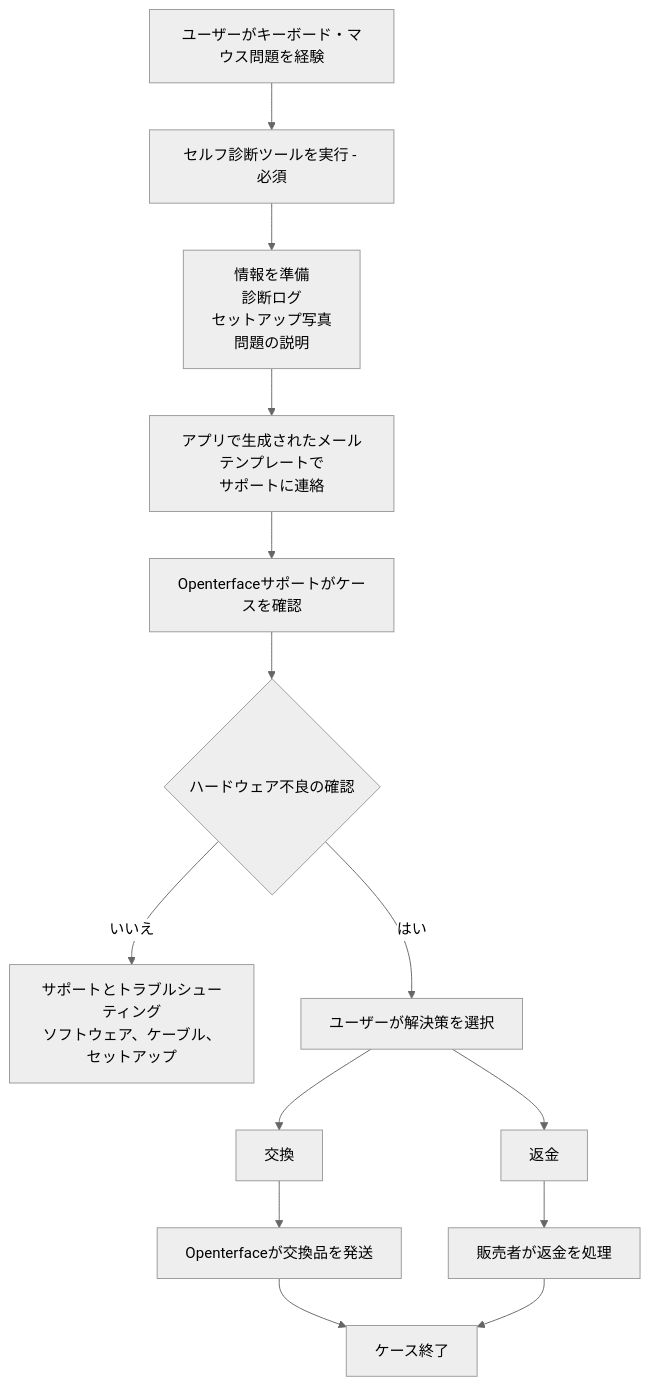
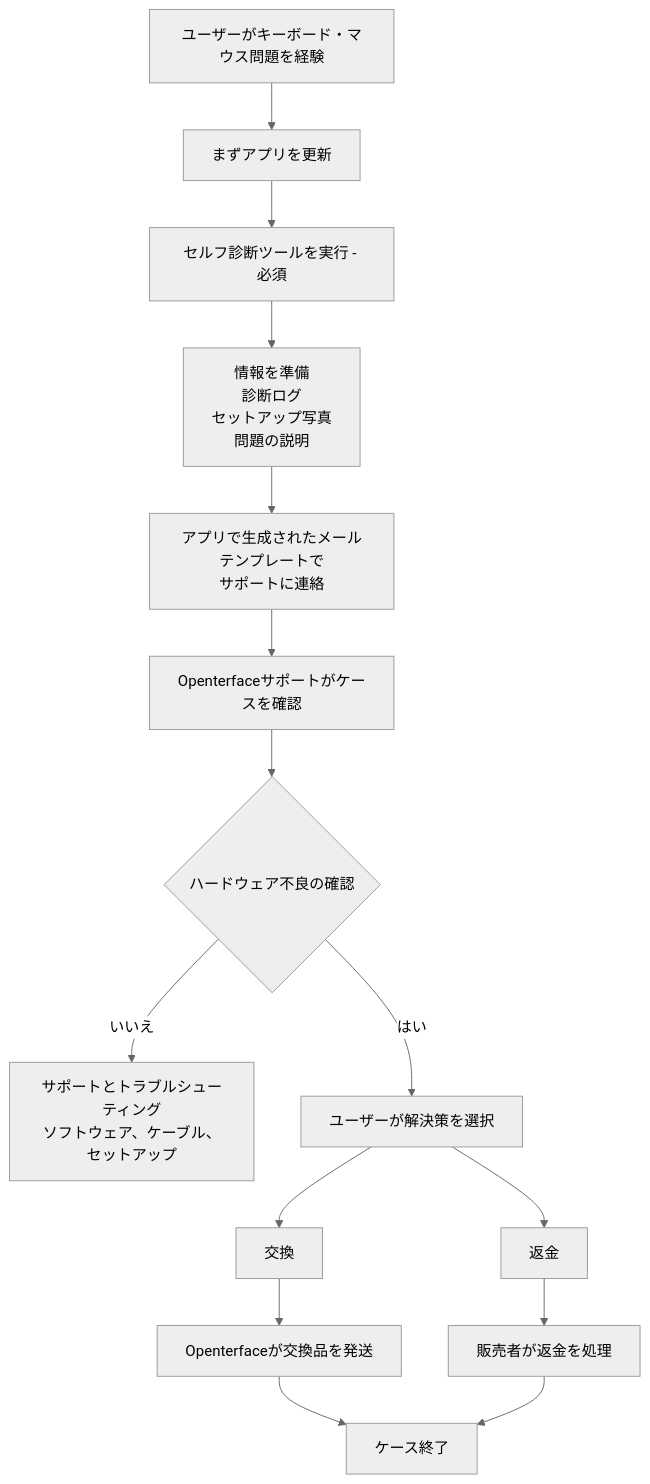
Before and after one commit to TechxArtisanStudio/Openterface: the diagram in docs/product/minikvm/support/mini-kvm-troubleshooting-and-support.ja.md, drawn with Mermaid (neutral theme). The commit also changed other lines of this file and 29 other files, not shown here.

````diff
--- a/docs/product/minikvm/support/mini-kvm-troubleshooting-and-support.ja.md
+++ b/docs/product/minikvm/support/mini-kvm-troubleshooting-and-support.ja.md
@@ -39,21 +39,22 @@
 ```mermaid
 flowchart TD
-    U[ユーザーがキーボード・マウス問題を経験] --> D[セルフ診断ツールを実行 - 必須]
+    U[ユーザーがキーボード・マウス問題を経験] --> A[まずアプリを更新]
+    A --> D[セルフ診断ツールを実行 - 必須]
 
     D --> P[情報を準備<br/>診断ログ<br/>セットアップ写真<br/>問題の説明]
 
     P --> E[アプリで生成されたメールテンプレートで<br/>サポートに連絡]
 
     E --> S[Openterfaceサポートがケースを確認]
 
     S --> R{ハードウェア不良の確認}
 
     R -- いいえ --> F[サポートとトラブルシューティング<br/>ソフトウェア、ケーブル、セットアップ]
     R -- はい --> C[ユーザーが解決策を選択]
 
     C --> 交換 --> REP[Openterfaceが交換品を発送]
     C --> 返金 --> REF[販売者が返金を処理]
 
     REP --> END[ケース終了]
     REF --> END
 ```
````
